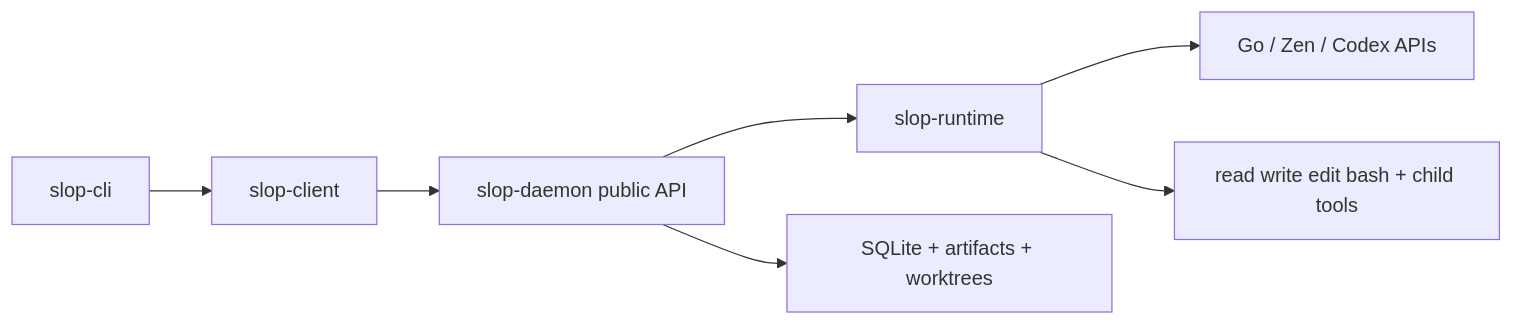
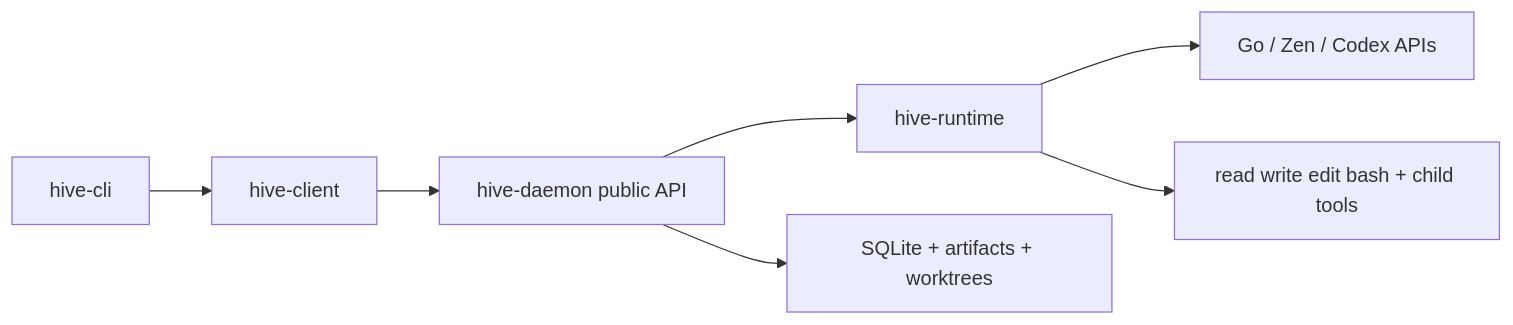
The first of 2 diagrams in docs/overview.md (Araozu/slopconductor), drawn with Mermaid before and after one commit. The commit also changed other lines of this file and 419 other files, not shown here.

Commit message:
Rename Rust crates and CLI to Hive

````diff
--- a/docs/overview.md
+++ b/docs/overview.md
@@ -26,9 +26,9 @@
 ```mermaid
 flowchart LR
-    CLI[slop-cli] --> Client[slop-client]
-    Client --> API[slop-daemon public API]
-    API --> Runtime[slop-runtime]
+    CLI[hive-cli] --> Client[hive-client]
+    Client --> API[hive-daemon public API]
+    API --> Runtime[hive-runtime]
     Runtime --> Providers[Go / Zen / Codex APIs]
     Runtime --> Tools[read write edit bash + child tools]
     API --> Store[SQLite + artifacts + worktrees]
 ```
````
